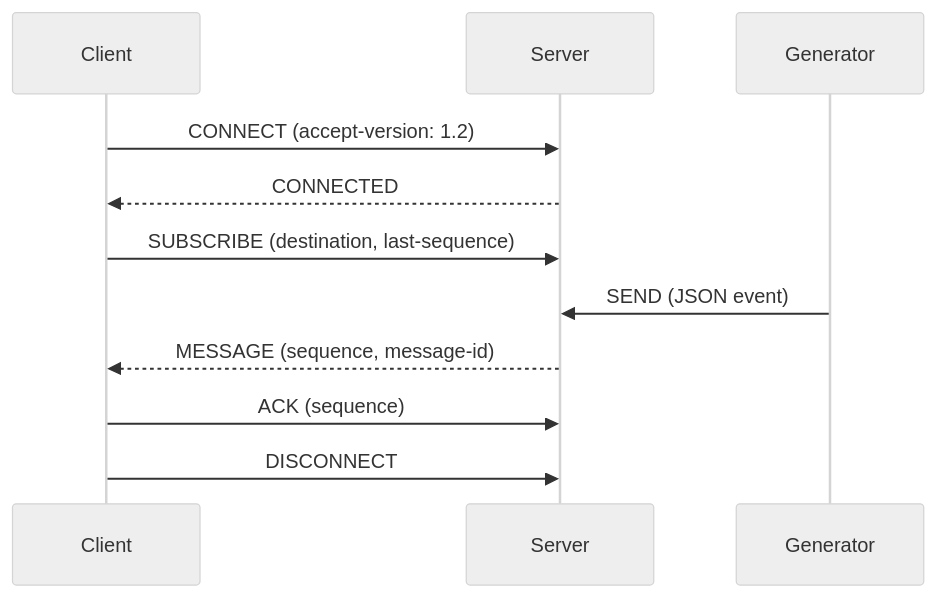
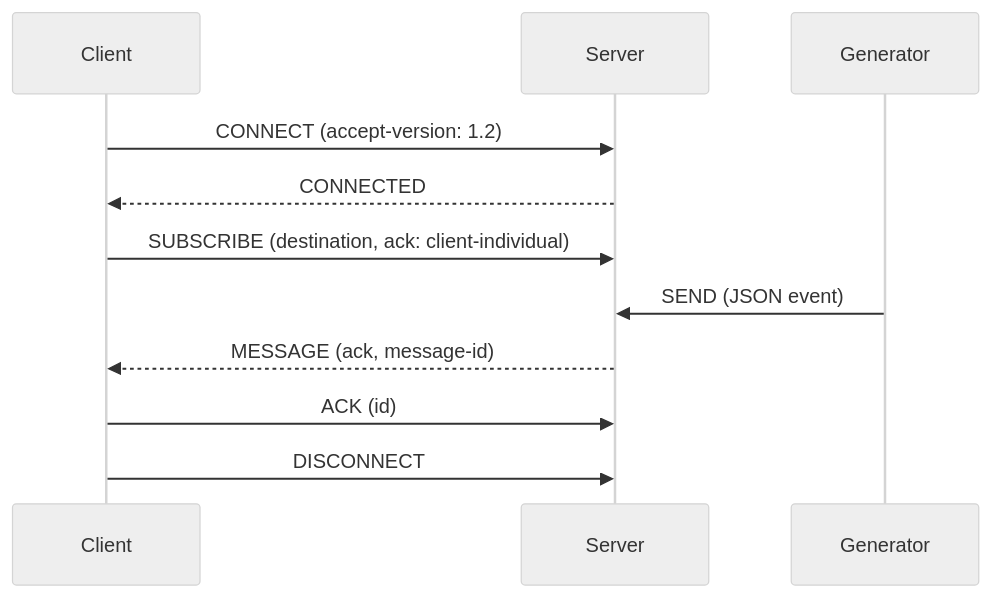
The diagram in docs/protocol.md (sci-ndp/pelican-client-protocol), drawn with Mermaid (neutral theme) before and after one commit. The commit also changed other lines of this file and 19 other files, not shown here.

````diff
--- a/docs/protocol.md
+++ b/docs/protocol.md
@@ -22,13 +23,13 @@
 ```mermaid
 sequenceDiagram
     participant C as Client
     participant S as Server
     participant G as Generator
     C->>S: CONNECT (accept-version: 1.2)
     S-->>C: CONNECTED
-    C->>S: SUBSCRIBE (destination, last-sequence)
+    C->>S: SUBSCRIBE (destination, ack: client-individual)
     G->>S: SEND (JSON event)
-    S-->>C: MESSAGE (sequence, message-id)
-    C->>S: ACK (sequence)
+    S-->>C: MESSAGE (ack, message-id)
+    C->>S: ACK (id)
     C->>S: DISCONNECT
 ```
````
